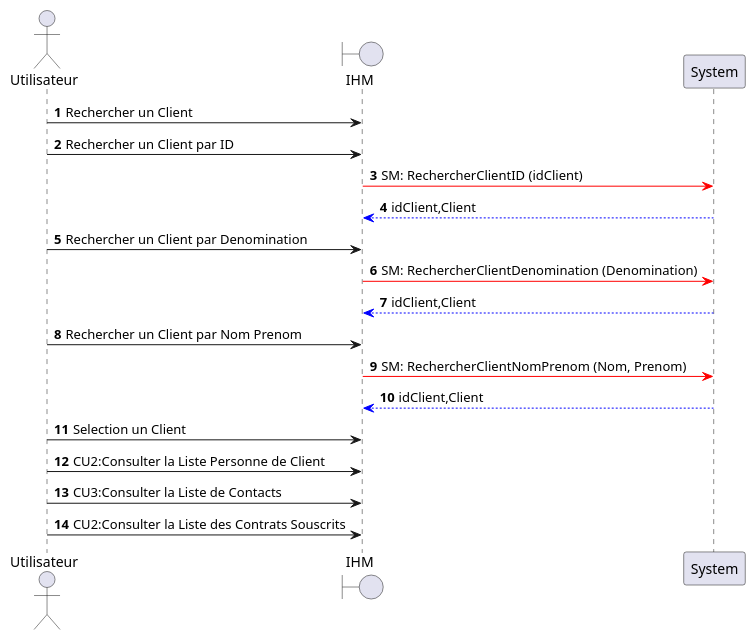
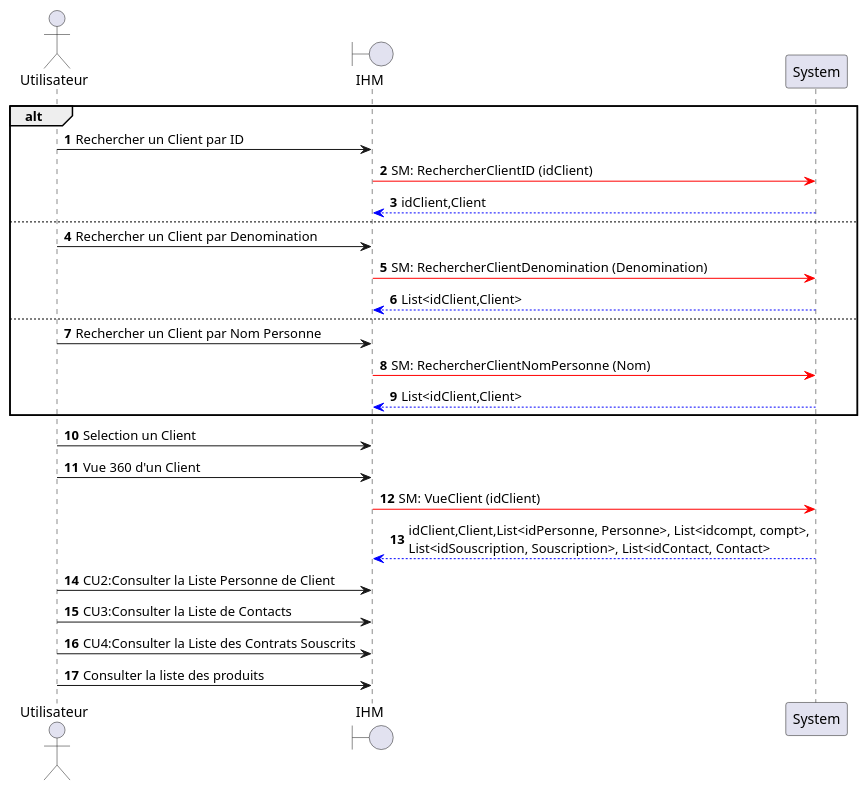
The diagram in src/documentation/CU1-DSS.puml (HZjiadong/PLD-MARS), drawn with PlantUML before and after one commit. The commit also changed 1 other file, not shown here.

```diff
--- a/src/documentation/CU1-DSS.puml
+++ b/src/documentation/CU1-DSS.puml
@@ -1,28 +1,31 @@
 @startuml
 actor Utilisateur as U
 boundary IHM as I
 participant System as S
 
 autonumber
 
-U->I: Rechercher un Client
-
-U->I: Rechercher un Client par ID
+alt
+    U->I: Rechercher un Client par ID
     I-[#red]>S: SM: RechercherClientID (idClient)
     S-[#0000FF]->I: idClient,Client
-
-U->I: Rechercher un Client par Denomination
+    else
+    U->I: Rechercher un Client par Denomination
     I-[#red]>S: SM: RechercherClientDenomination (Denomination)
-    S-[#0000FF]->I: idClient,Client
-
-U->I: Rechercher un Client par Nom Prenom
-    I-[#red]>S: SM: RechercherClientNomPrenom (Nom, Prenom)
-    S-[#0000FF]->I: idClient,Client
+    S-[#0000FF]->I: List<idClient,Client>
+    else
+    U->I: Rechercher un Client par Nom Personne
+    I-[#red]>S: SM: RechercherClientNomPersonne (Nom)
+    S-[#0000FF]->I: List<idClient,Client>
+end
 
 U->I: Selection un Client
-
+U->I: Vue 360 d'un Client
+I-[#red]>S: SM: VueClient (idClient)
+S-[#0000FF]->I: idClient,Client,List<idPersonne, Personne>, List<idcompt, compt>,\nList<idSouscription, Souscription>, List<idContact, Contact>
 U->I: CU2:Consulter la Liste Personne de Client
 U->I: CU3:Consulter la Liste de Contacts
-U->I: CU2:Consulter la Liste des Contrats Souscrits
+U->I: CU4:Consulter la Liste des Contrats Souscrits
+U->I: Consulter la liste des produits
 
 @enduml
```
